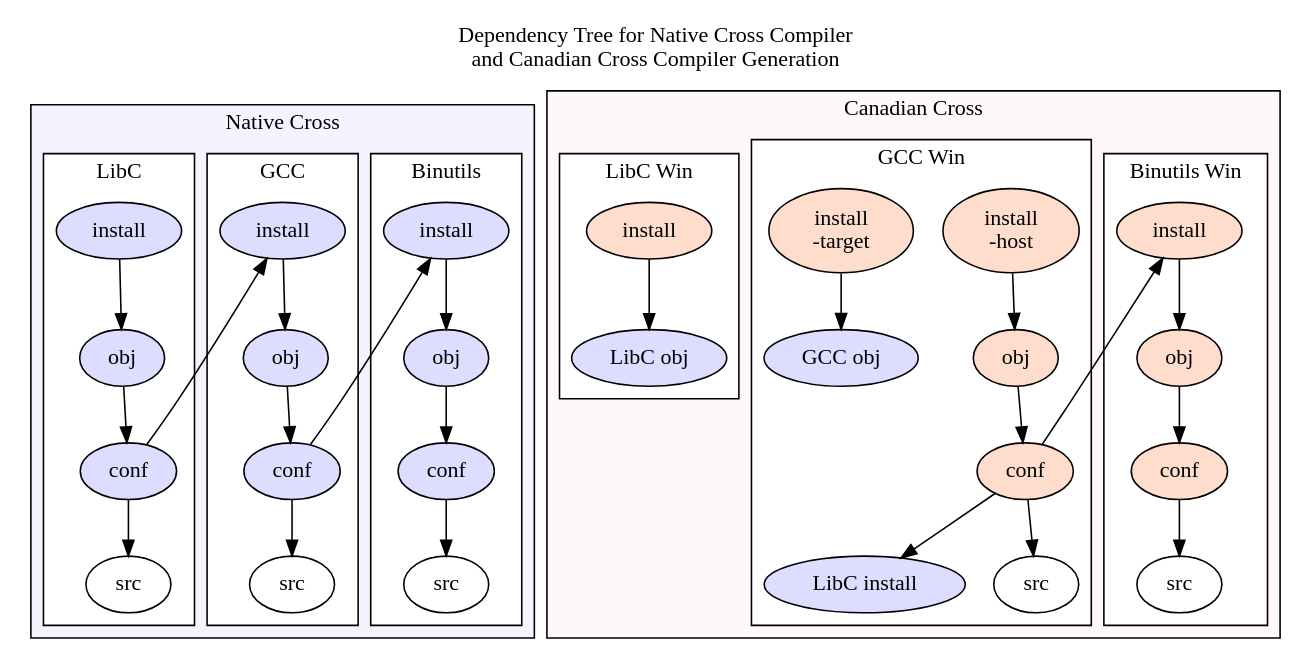
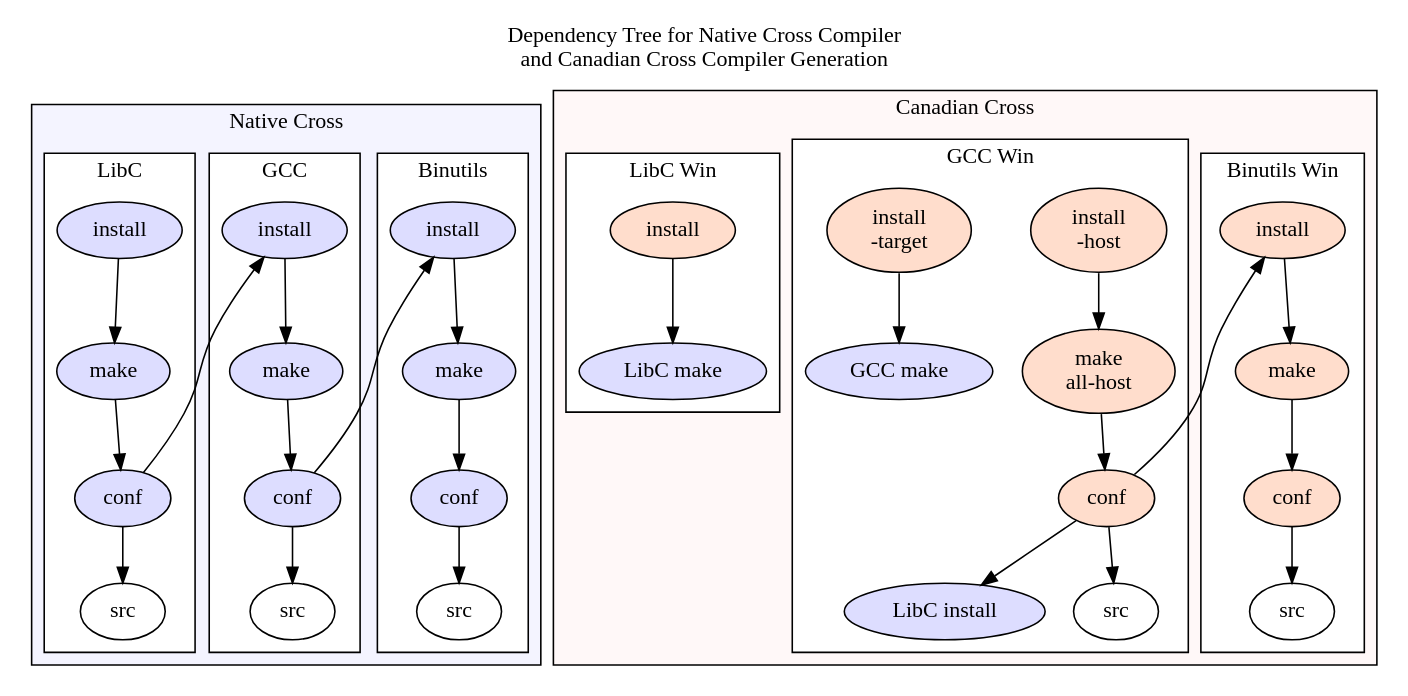
One commit to sprintersb/make-avr-gcc changed the diagram in make.dot. Above: the diagram before and after it, drawn with Graphviz. The commit also changed 1 other file, not shown here.

Commit message:
make.dot: Use better labels (like "make all-host" instead of "obj").

```diff
--- a/make.dot
+++ b/make.dot
@@ -1,100 +1,100 @@
 digraph
 {
     label = "Dependency Tree for Native Cross Compiler\nand Canadian Cross Compiler Generation"
     labelloc = top;
 
     newrank = true;
     rankdir = TB;
 
     node [style="filled"; fillcolor="white"];
     //beautify = true;
 
     subgraph cluster_host
     {
         label = "Native Cross";
         bgcolor = "#f4f4ff";
 
         subgraph cluster_bin
         {
             label = "Binutils";
             bgcolor = "white";
             bin_i [label="install", fillcolor="#ddddff"];
-            bin_o[label="obj", fillcolor="#ddddff"];
+            bin_m[label="make", fillcolor="#ddddff"];
             bin_c[label="conf", fillcolor="#ddddff"];
             bin_s[label="src"];
-            bin_i -> bin_o -> bin_c -> bin_s;
+            bin_i -> bin_m -> bin_c -> bin_s;
         }
 
         subgraph cluster_gcc
         {
             label = "GCC";
             bgcolor = "white";
             gcc_i [label="install", fillcolor="#ddddff"];
-            gcc_o[label="obj", fillcolor="#ddddff"];
+            gcc_m[label="make", fillcolor="#ddddff"];
             gcc_c[label="conf", fillcolor="#ddddff"];
             gcc_s[label="src"];
-            gcc_i -> gcc_o -> gcc_c -> gcc_s;
+            gcc_i -> gcc_m -> gcc_c -> gcc_s;
         }
 
         subgraph cluster_libc
         {
             label = "LibC";
             bgcolor = "white";
             libc_i [label="install", fillcolor="#ddddff"];
-            libc_o[label="obj", fillcolor="#ddddff"];
+            libc_m[label="make", fillcolor="#ddddff"];
             libc_c[label="conf", fillcolor="#ddddff"];
             libc_s[label="src"];
-            libc_i -> libc_o -> libc_c -> libc_s;
+            libc_i -> libc_m -> libc_c -> libc_s;
         }
 
         { rank=same; bin_i; gcc_i; libc_i; }
     }
     gcc_c -> bin_i;
     libc_c -> gcc_i;
 
     subgraph cluster_canadian
     {
         label = "Canadian Cross";
         bgcolor = "#fff8f8";
 
         subgraph cluster_binW
         {
             label = "Binutils Win";
             bgcolor = "white";
             binW_i [label="install"; fillcolor="#ffddcc"];
-            binW_o[label="obj"; fillcolor="#ffddcc"];
+            binW_m[label="make"; fillcolor="#ffddcc"];
             binW_c[label="conf"; fillcolor="#ffddcc"];
             binW_s[label="src"];
-            binW_i -> binW_o -> binW_c -> binW_s;
+            binW_i -> binW_m -> binW_c -> binW_s;
         }
 
         subgraph cluster_gccW
         {
             label = "GCC Win";
             bgcolor = "white";
             gccW_ih [label="install\n-host"; fillcolor="#ffddcc"];
             gccW_it [label="install\n-target"; fillcolor="#ffddcc"];
-            gcc_o_x [label="GCC obj", fillcolor="#ddddff"];
+            gcc_m_x [label="GCC make", fillcolor="#ddddff"];
             libc_i_x [label="LibC install", fillcolor="#ddddff"];
-            gccW_o[label="obj"; fillcolor="#ffddcc"];
+            gccW_m[label="make\nall-host"; fillcolor="#ffddcc"];
             gccW_c[label="conf"; fillcolor="#ffddcc"];
             gccW_s[label="src"];
-            gccW_ih -> gccW_o -> gccW_c -> gccW_s;
+            gccW_ih -> gccW_m -> gccW_c -> gccW_s;
         }
 
         { rank=same; binW_i; gccW_ih; gccW_it; libcW_i; }
 
         gccW_c -> binW_i;
         gccW_c -> libc_i_x;
-        gccW_it -> gcc_o_x;
+        gccW_it -> gcc_m_x;
 
         subgraph cluster_libcW
         {
             label = "LibC Win";
             bgcolor = "white";
             libcW_i [label="install"; fillcolor="#ffddcc"];
-            libc_o_x [label="LibC obj", fillcolor="#ddddff"];
+            libc_m_x [label="LibC make", fillcolor="#ddddff"];
         }
     }
-    libcW_i -> libc_o_x;
+    libcW_i -> libc_m_x;
 }
```
